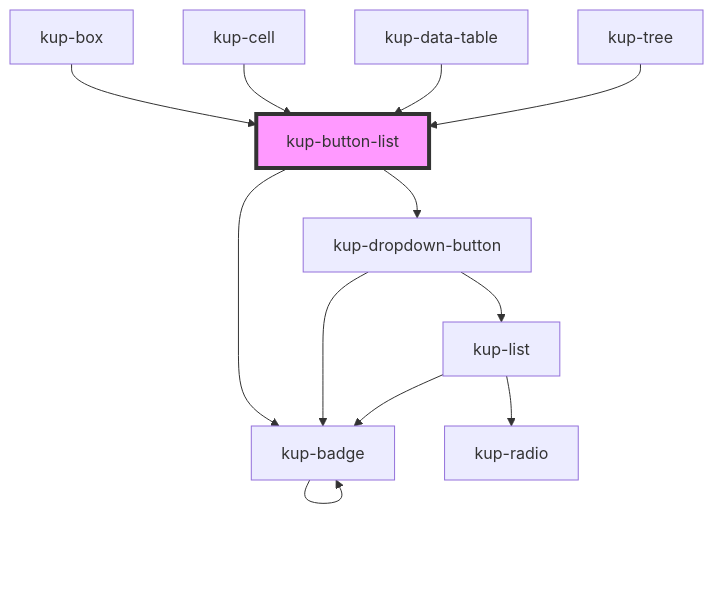
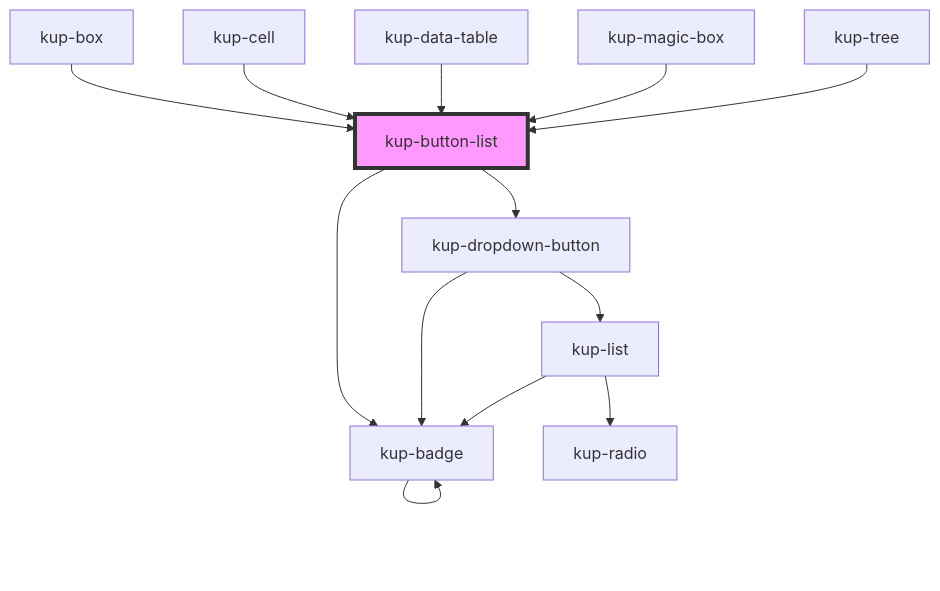
One commit to smeup/ketchup changed the diagram in packages/ketchup/src/components/kup-button-list/readme.md. Above: the diagram before and after it, drawn with Mermaid. The commit also changed other lines of this file and 5 other files, not shown here.

Commit message:
kup-magic-box: added Chip, Button List and Tree.

````diff
--- a/packages/ketchup/src/components/kup-button-list/readme.md
+++ b/packages/ketchup/src/components/kup-button-list/readme.md
@@ -90,15 +91,16 @@
 ```mermaid
 graph TD;
   kup-button-list --> kup-dropdown-button
   kup-button-list --> kup-badge
   kup-dropdown-button --> kup-list
   kup-dropdown-button --> kup-badge
   kup-list --> kup-radio
   kup-list --> kup-badge
   kup-badge --> kup-badge
   kup-box --> kup-button-list
   kup-cell --> kup-button-list
   kup-data-table --> kup-button-list
+  kup-magic-box --> kup-button-list
   kup-tree --> kup-button-list
   style kup-button-list fill:#f9f,stroke:#333,stroke-width:4px
 ```
````
